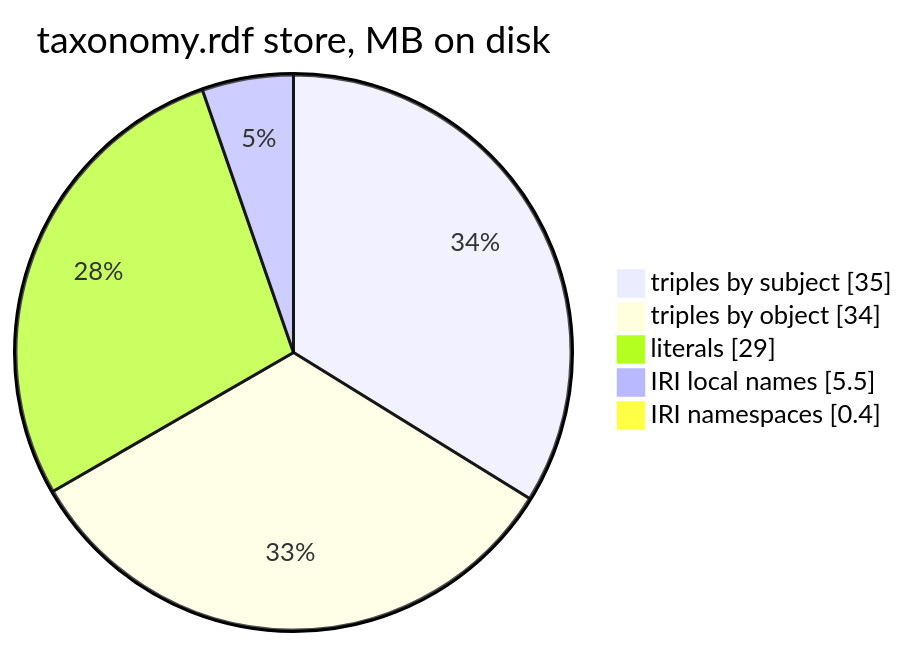
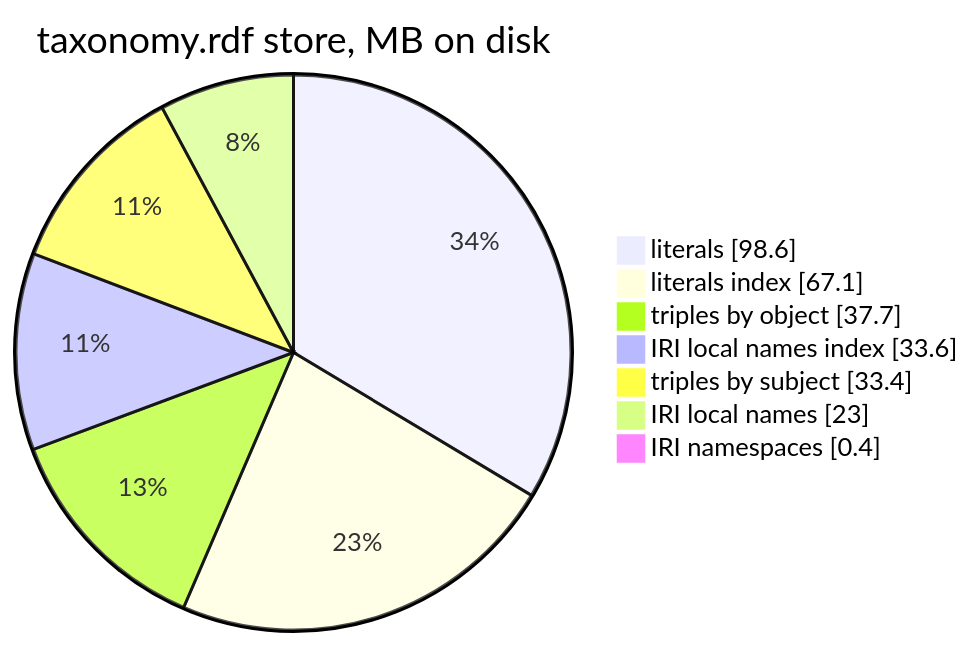
One commit to JervenBolleman/sparql-readonly changed the fifth of 5 diagrams in docs/storage.md. Above: the diagram before and after it, drawn with Mermaid. The commit also changed other lines of this file and 11 other files, not shown here.

First line of the commit message:
Store IRI local names and literals linearly with a hash index

````diff
--- a/docs/storage.md
+++ b/docs/storage.md
@@ -233,9 +264,11 @@
 ```mermaid
 pie showData
     title taxonomy.rdf store, MB on disk
-    "triples by subject" : 35
-    "triples by object" : 34
-    "literals" : 29
-    "IRI local names" : 5.5
+    "literals" : 98.6
+    "literals index" : 67.1
+    "triples by object" : 37.7
+    "IRI local names index" : 33.6
+    "triples by subject" : 33.4
+    "IRI local names" : 23.0
     "IRI namespaces" : 0.4
 ```
````
